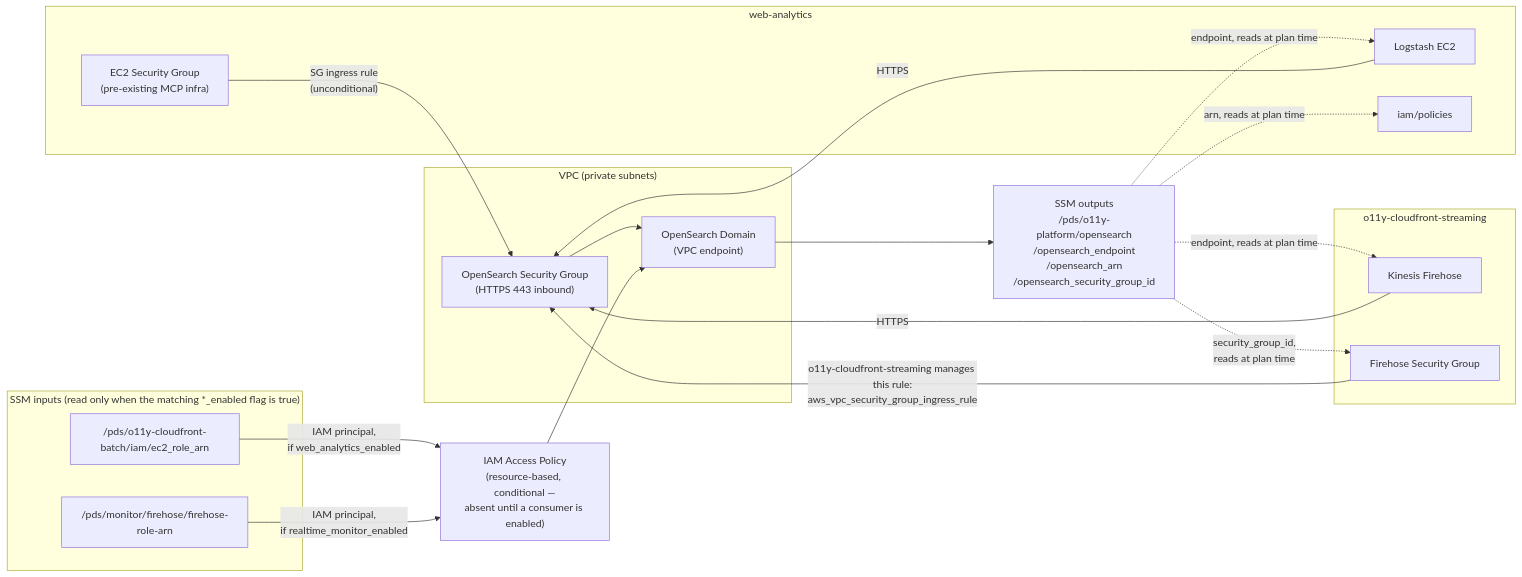
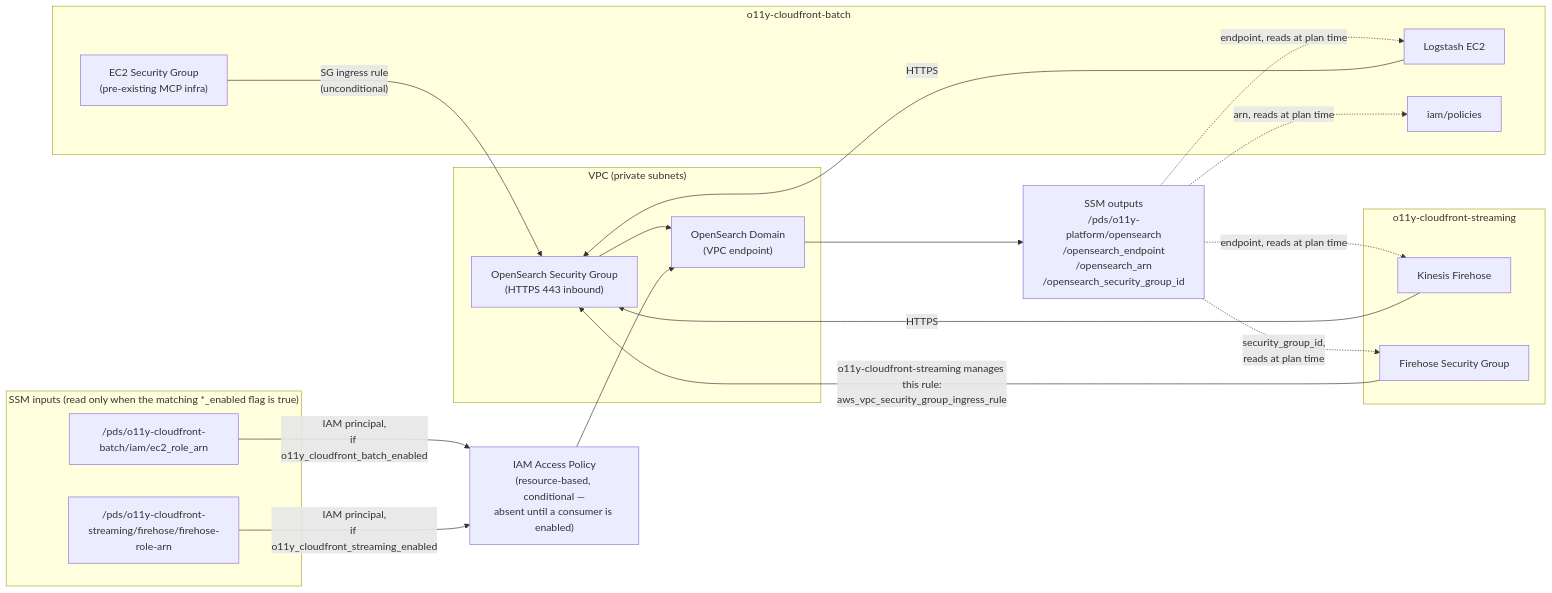
One commit to NASA-PDS/o11y-platform changed the first of 2 diagrams in terraform/README.md. Above: the diagram before and after it, drawn with Mermaid. The commit also changed other lines of this file and 10 other files, not shown here.

````diff
--- a/terraform/README.md
+++ b/terraform/README.md
@@ -7,40 +7,40 @@
 ```mermaid
 flowchart LR
     subgraph vpc["VPC (private subnets)"]
         SG["OpenSearch Security Group\n(HTTPS 443 inbound)"]
         OS["OpenSearch Domain\n(VPC endpoint)"]
     end
 
     subgraph ssm_in["SSM inputs (read only when the matching *_enabled flag is true)"]
         EC2ARN["/pds/o11y-cloudfront-batch/iam/ec2_role_arn"]
-        FHARN["/pds/monitor/firehose/firehose-role-arn"]
+        FHARN["/pds/o11y-cloudfront-streaming/firehose/firehose-role-arn"]
     end
 
     POL["IAM Access Policy\n(resource-based, conditional —\nabsent until a consumer is enabled)"]
     SSM_OUT["SSM outputs\n/pds/o11y-platform/opensearch\n/opensearch_endpoint\n/opensearch_arn\n/opensearch_security_group_id"]
 
-    subgraph wa["web-analytics"]
+    subgraph wa["o11y-cloudfront-batch"]
         LS["Logstash EC2"]
         EC2SG["EC2 Security Group\n(pre-existing MCP infra)"]
         WAIAM["iam/policies"]
     end
 
     subgraph cf["o11y-cloudfront-streaming"]
         FH["Kinesis Firehose"]
         FHSG["Firehose Security Group"]
     end
 
     EC2SG -->|"SG ingress rule\n(unconditional)"| SG
     SG --> OS
-    EC2ARN -->|"IAM principal,\nif web_analytics_enabled"| POL
-    FHARN -->|"IAM principal,\nif realtime_monitor_enabled"| POL
+    EC2ARN -->|"IAM principal,\nif o11y_cloudfront_batch_enabled"| POL
+    FHARN -->|"IAM principal,\nif o11y_cloudfront_streaming_enabled"| POL
     POL --> OS
     OS --> SSM_OUT
     SSM_OUT -.->|"endpoint, reads at plan time"| LS
     SSM_OUT -.->|"endpoint, reads at plan time"| FH
     SSM_OUT -.->|"arn, reads at plan time"| WAIAM
     SSM_OUT -.->|"security_group_id,\nreads at plan time"| FHSG
     FHSG -->|"o11y-cloudfront-streaming manages this rule:\naws_vpc_security_group_ingress_rule"| SG
     LS -->|"HTTPS"| SG
     FH -->|"HTTPS"| SG
 ```
````
